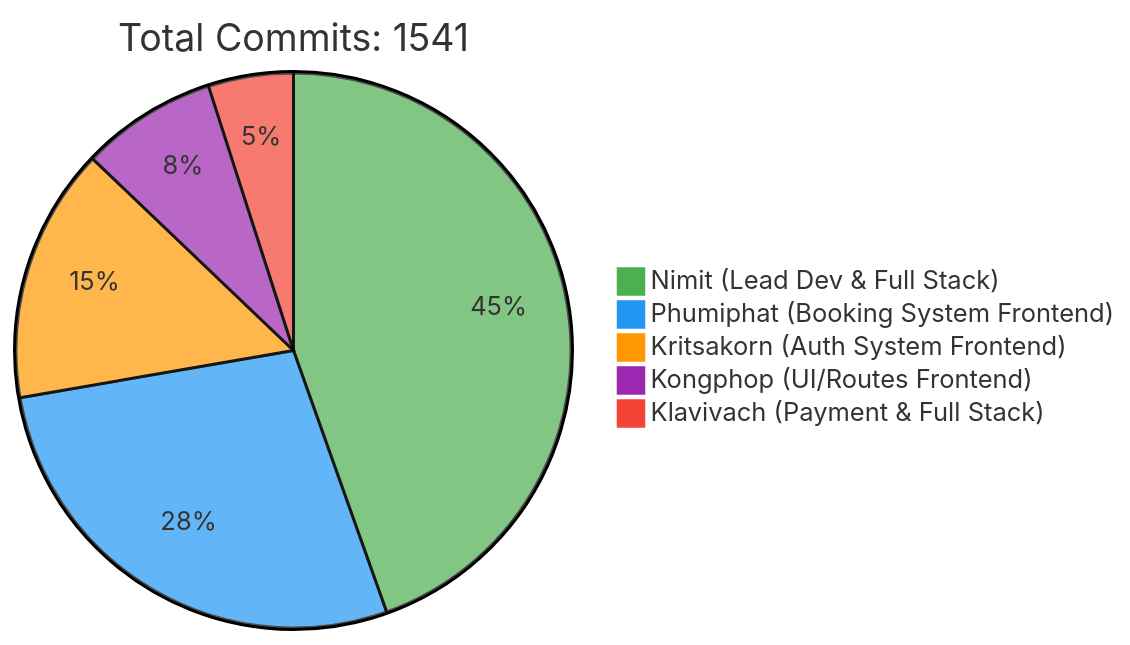
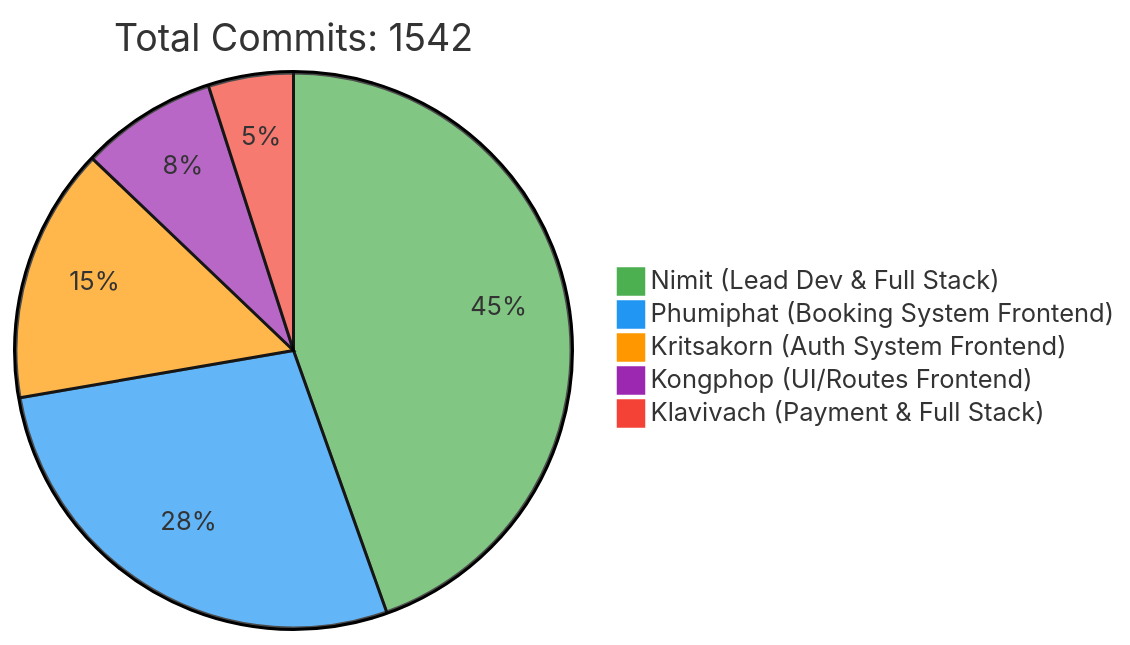
One commit to 6531503042/Sport-Complex changed the first of 2 diagrams in README.md. Above: the diagram before and after it, drawn with Mermaid. The commit also changed other lines of this file, not shown here.

Commit message:
docs: Update contributor statistics [skip ci]

````diff
--- a/README.md
+++ b/README.md
@@ -257,10 +257,10 @@
 ```mermaid
 %%{init: {'theme': 'base', 'themeVariables': { 'pie1': '#4CAF50', 'pie2': '#2196F3', 'pie3': '#FF9800', 'pie4': '#9C27B0', 'pie5': '#F44336'}}}%%
 pie
-    title Total Commits: 1541
+    title Total Commits: 1542
     "Nimit (Lead Dev & Full Stack)" : 450
     "Phumiphat (Booking System Frontend)" : 280
     "Kritsakorn (Auth System Frontend)" : 150
     "Kongphop (UI/Routes Frontend)" : 80
     "Klavivach (Payment & Full Stack)" : 50
 ```
````
